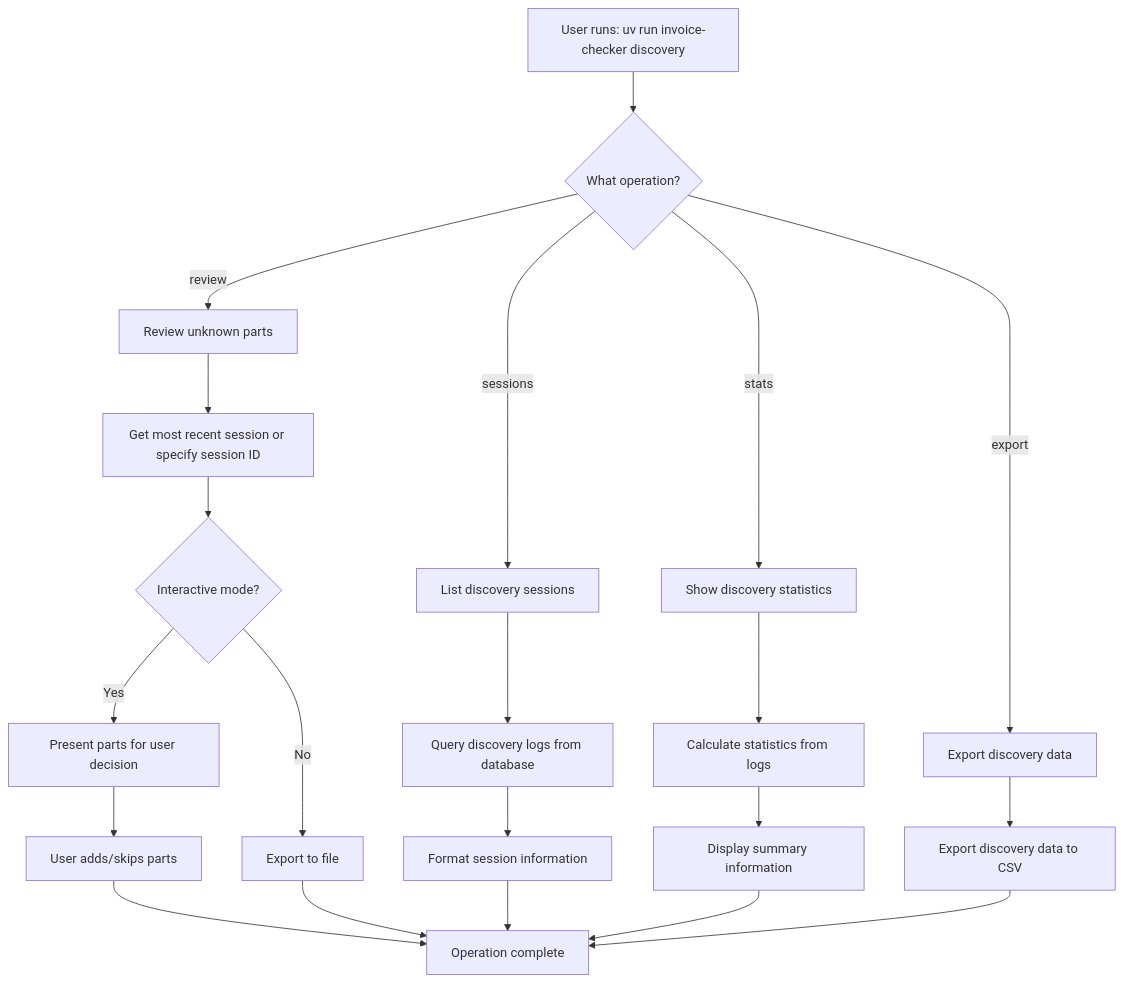
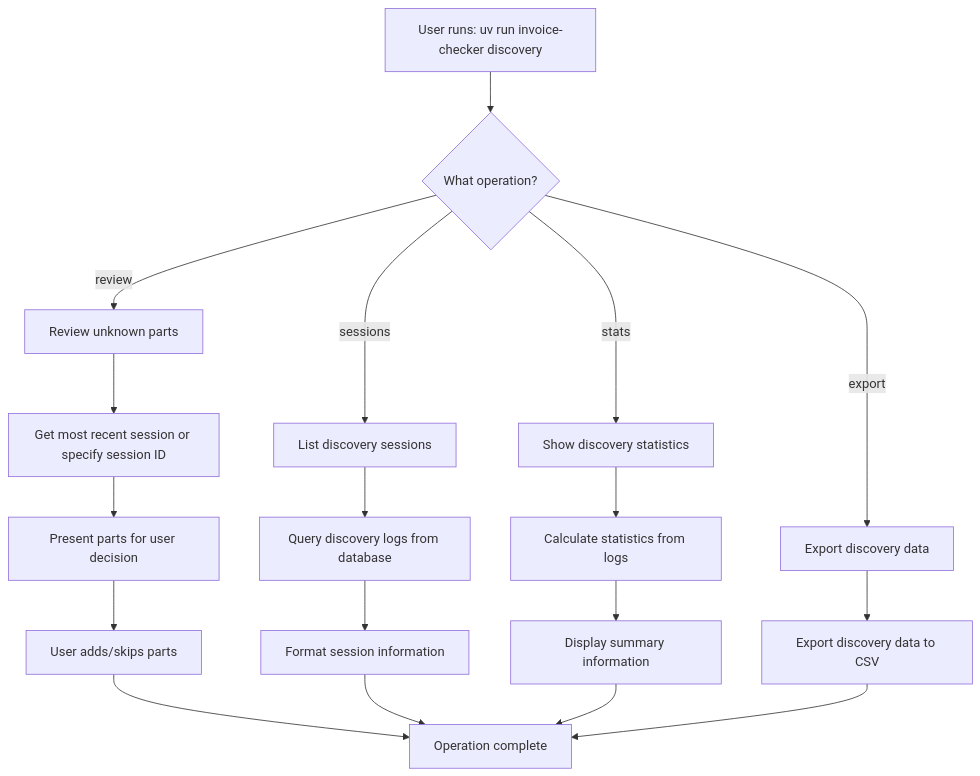
Before and after one commit to Nuosis/invoice_line_cost_detection: the fifth of 7 diagrams in docs/USER_FLOWS.md, drawn with Mermaid. The commit also changed other lines of this file and 40 other files, not shown here.

````diff
--- a/docs/USER_FLOWS.md
+++ b/docs/USER_FLOWS.md
@@ -172,28 +169,25 @@
 ```mermaid
 flowchart TD
     A[User runs: uv run invoice-checker discovery] --> B{What operation?}
     
     B -->|review| C[Review unknown parts]
     B -->|sessions| D[List discovery sessions]
     B -->|stats| E[Show discovery statistics]
     B -->|export| F[Export discovery data]
     
     C --> C1[Get most recent session or specify session ID]
-    C1 --> C2{Interactive mode?}
-    C2 -->|Yes| C3[Present parts for user decision]
-    C2 -->|No| C4[Export to file]
+    C1 --> C3[Present parts for user decision]
     C3 --> C5[User adds/skips parts]
     C5 --> G[Operation complete]
-    C4 --> G
     
     D --> D1[Query discovery logs from database]
     D1 --> D2[Format session information]
     D2 --> G
     
     E --> E1[Calculate statistics from logs]
     E1 --> E2[Display summary information]
     E2 --> G
     
     F --> F1[Export discovery data to CSV]
     F1 --> G
 ```
````
